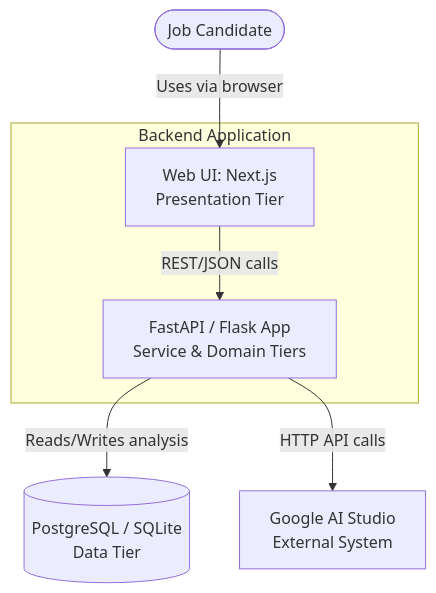
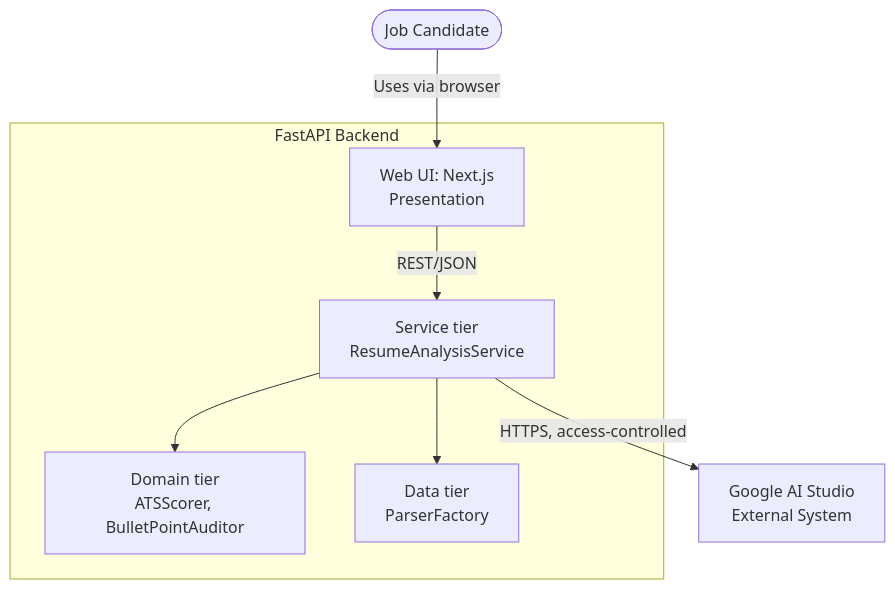
Before and after one commit to kummarimonisha/cen5064-project-kummari: the second of 4 diagrams in README.md, drawn with Mermaid. The commit also changed other lines of this file and 2 other files, not shown here.

````diff
--- a/README.md
+++ b/README.md
@@ -80,12 +136,12 @@
 ```mermaid
-%% Container view: your containers should match the tier table above.
 flowchart TB
-    user([Job Candidate]) -->|Uses via browser| ui[Web UI: Next.js<br/>Presentation Tier]
-        
-    subgraph Backend [Backend Application]
-    ui -->|REST/JSON calls| svc[FastAPI / Flask App<br/>Service & Domain Tiers]
+    user([Job Candidate]) -->|Uses via browser| ui[Web UI: Next.js<br/>Presentation]
+
+    subgraph Backend [FastAPI Backend]
+    ui -->|REST/JSON| svc[Service tier<br/>ResumeAnalysisService]
+    svc --> dom[Domain tier<br/>ATSScorer, BulletPointAuditor]
+    svc --> data[Data tier<br/>ParserFactory]
     end
-        
-    svc -->|Reads/Writes analysis| db[(PostgreSQL / SQLite<br/>Data Tier)]
-    svc -->|HTTP API calls| gemini[Google AI Studio<br/>External System]
+
+    svc -->|HTTPS, access-controlled| gemini[Google AI Studio<br/>External System]
 ```
````
